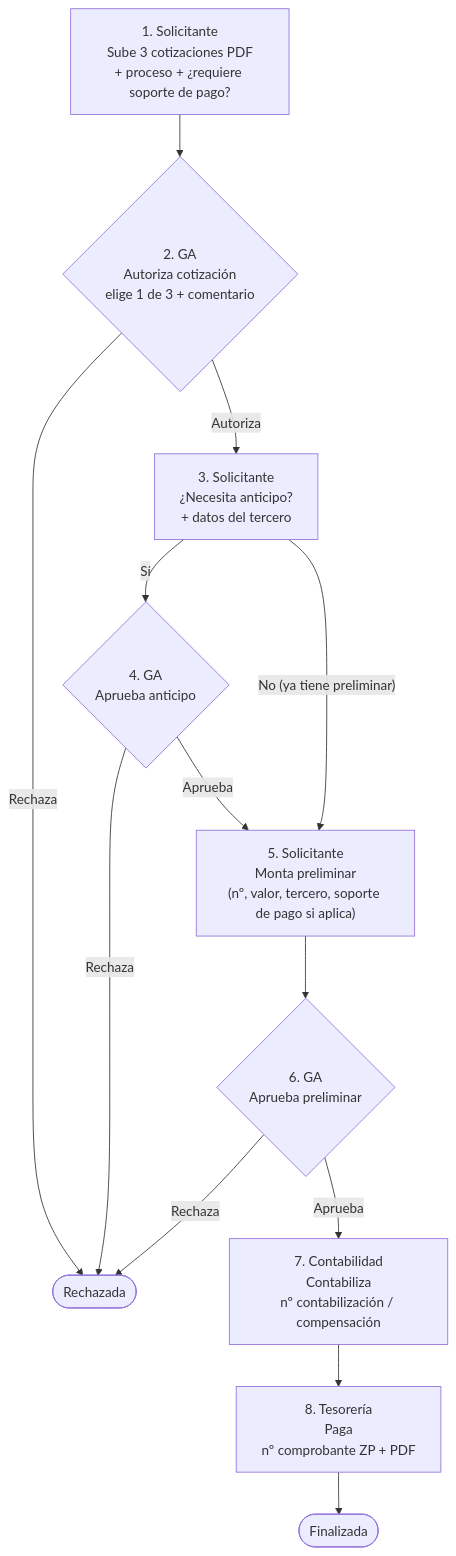
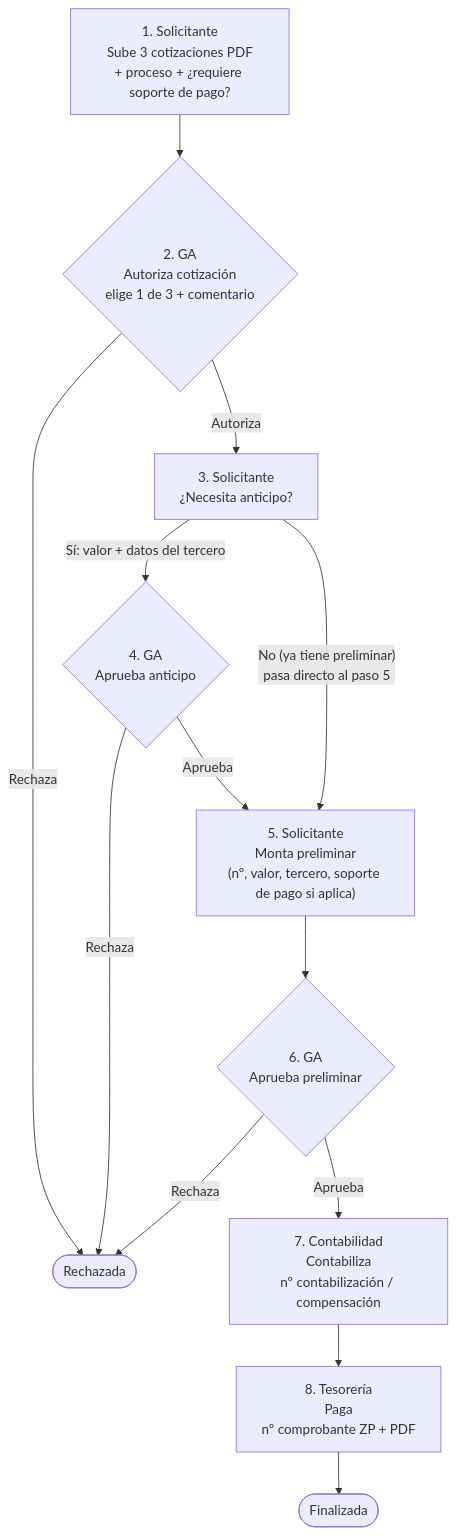
Before and after one commit to cesararr1108/control-gastos: the first of 3 diagrams in docs/FLUJOS.md, drawn with Mermaid. The commit also changed other lines of this file and 3 other files, not shown here.

First line of the commit message:
Cotización sin anticipo pasa directo al preliminar; importes vacíos no se guardan como 0

````diff
--- a/docs/FLUJOS.md
+++ b/docs/FLUJOS.md
@@ -40,18 +40,18 @@
 ```mermaid
 flowchart TD
     A["1. Solicitante<br/>Sube 3 cotizaciones PDF<br/>+ proceso + ¿requiere soporte de pago?"] --> B
     B{"2. GA<br/>Autoriza cotización<br/>elige 1 de 3 + comentario"}
     B -- Rechaza --> X([Rechazada])
     B -- Autoriza --> C
-    C["3. Solicitante<br/>¿Necesita anticipo?<br/>+ datos del tercero"]
-    C -- Sí --> D{"4. GA<br/>Aprueba anticipo"}
-    C -- "No (ya tiene preliminar)" --> E
+    C["3. Solicitante<br/>¿Necesita anticipo?"]
+    C -- "Sí: valor + datos del tercero" --> D{"4. GA<br/>Aprueba anticipo"}
+    C -- "No (ya tiene preliminar)<br/>pasa directo al paso 5" --> E
     D -- Rechaza --> X
     D -- Aprueba --> E
     E["5. Solicitante<br/>Monta preliminar<br/>(nº, valor, tercero, soporte de pago si aplica)"] --> F
     F{"6. GA<br/>Aprueba preliminar"}
     F -- Rechaza --> X
     F -- Aprueba --> G
     G["7. Contabilidad<br/>Contabiliza<br/>nº contabilización / compensación"] --> H
     H["8. Tesorería<br/>Paga<br/>nº comprobante ZP + PDF"] --> Z([Finalizada])
 ```
````
